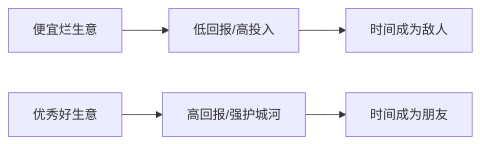
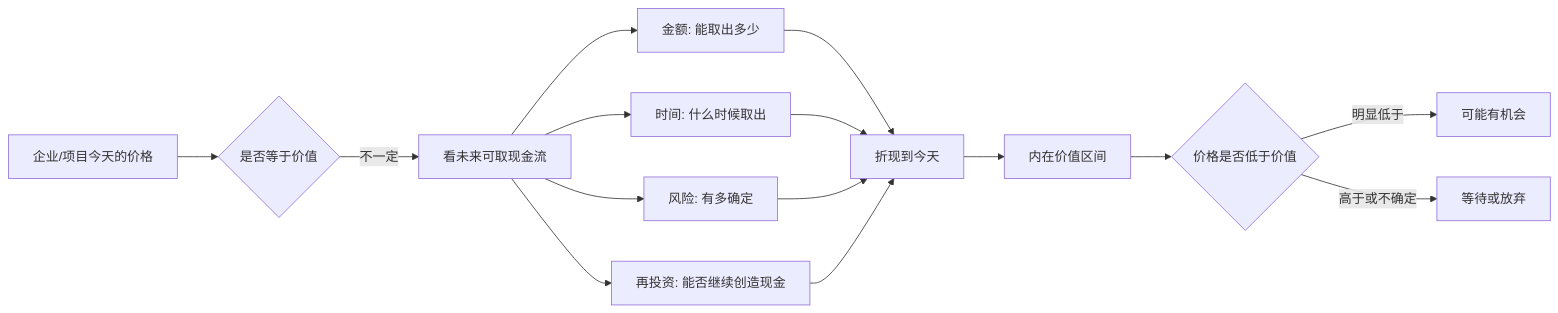
One commit to digoal/blog changed the diagram in 202605/20260519_07.md. Above: the diagram before and after it, drawn with Mermaid. The commit also changed other lines of this file and 51 other files, not shown here.

````diff
--- a/202605/20260519_07.md
+++ b/202605/20260519_07.md
@@ -22,7 +24,17 @@
 ```mermaid
 flowchart LR
-  A["便宜烂生意"] --> B["低回报/高投入"]
-  B --> C["时间成为敌人"]
-  D["优秀好生意"] --> E["高回报/强护城河"]
-  E --> F["时间成为朋友"]
+  A["企业/项目今天的价格"] --> B{"是否等于价值"}
+  B -- "不一定" --> C["看未来可取现金流"]
+  C --> D["金额: 能取出多少"]
+  C --> E["时间: 什么时候取出"]
+  C --> F["风险: 有多确定"]
+  C --> G["再投资: 能否继续创造现金"]
+  D --> H["折现到今天"]
+  E --> H
+  F --> H
+  G --> H
+  H --> I["内在价值区间"]
+  I --> J{"价格是否低于价值"}
+  J -- "明显低于" --> K["可能有机会"]
+  J -- "高于或不确定" --> L["等待或放弃"]
 ```
````
